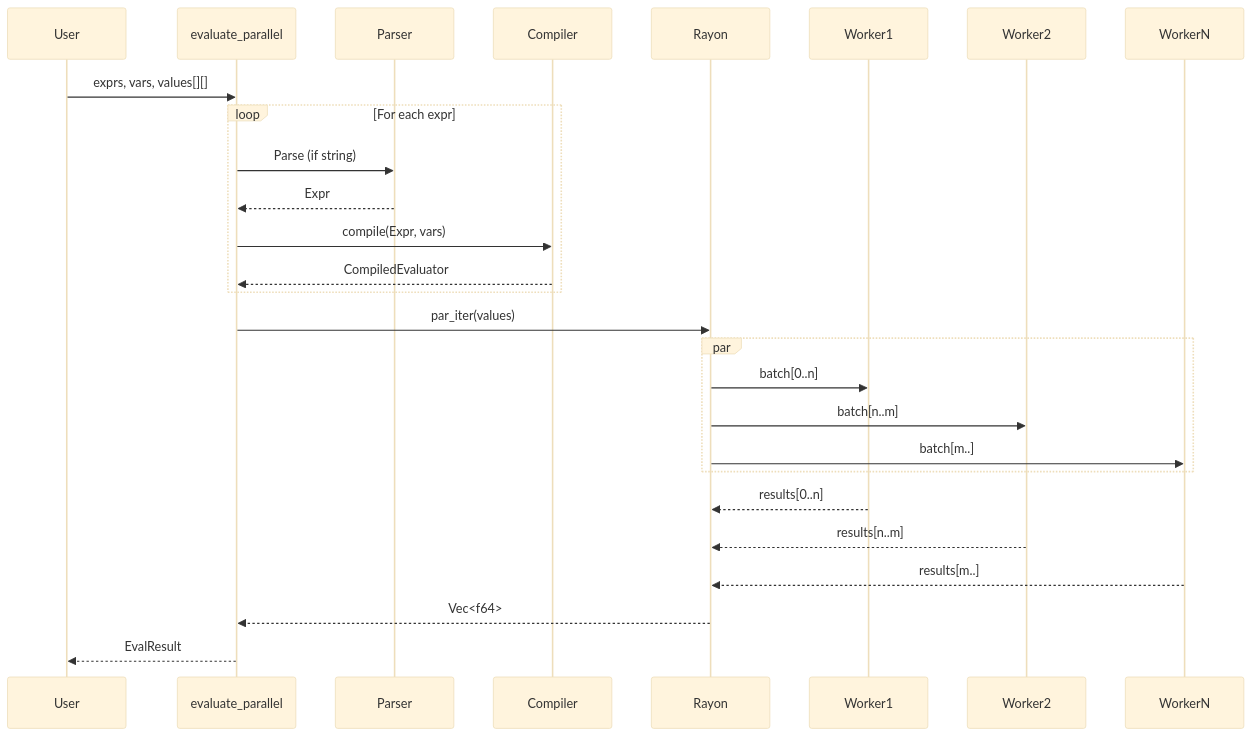
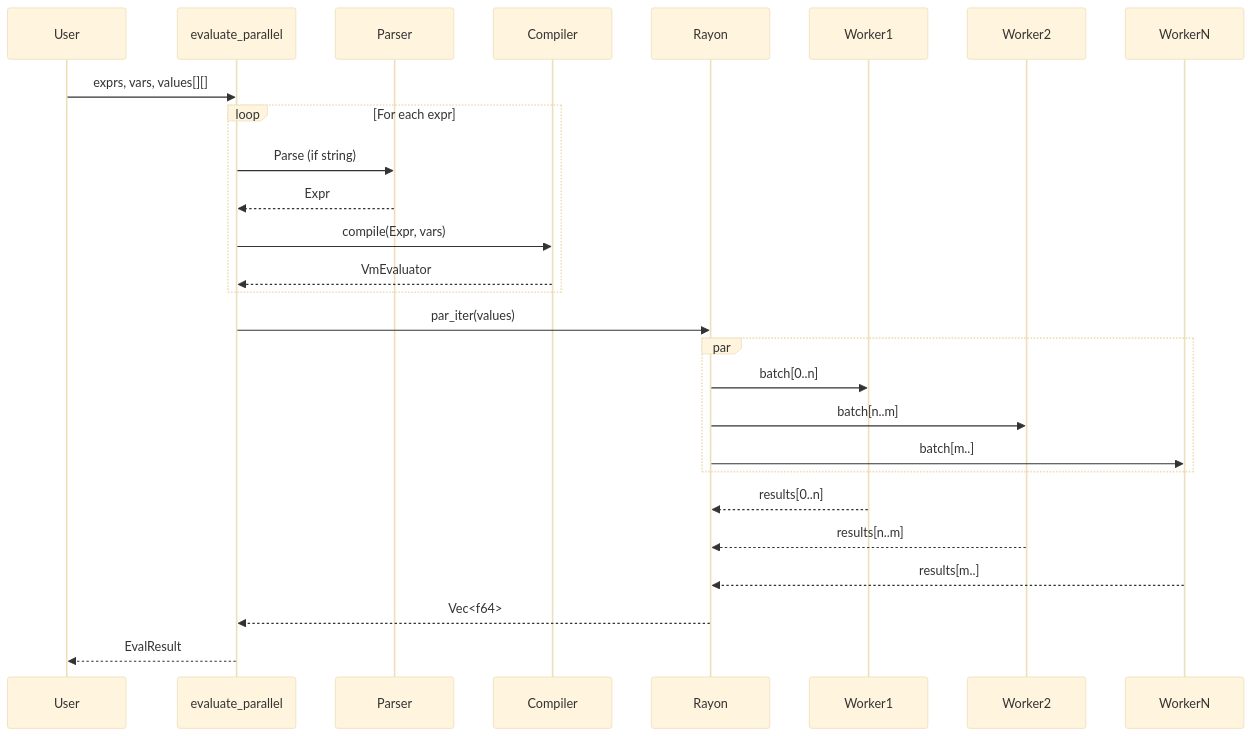
The seventh of 9 diagrams in docs/ARCHITECTURE.md (CokieMiner/SymbAnaFis), drawn with Mermaid (base theme) before and after one commit. The commit also changed other lines of this file and 183 other files, not shown here.

````diff
--- a/docs/ARCHITECTURE.md
+++ b/docs/ARCHITECTURE.md
@@ -459,35 +464,35 @@
 ```mermaid
 sequenceDiagram
     participant User
     participant evaluate_parallel
     participant Parser
     participant Compiler
     participant Rayon
     participant Worker1
     participant Worker2
     participant WorkerN
 
     User->>evaluate_parallel: exprs, vars, values[][]
     
     loop For each expr
         evaluate_parallel->>Parser: Parse (if string)
         Parser-->>evaluate_parallel: Expr
         evaluate_parallel->>Compiler: compile(Expr, vars)
-        Compiler-->>evaluate_parallel: CompiledEvaluator
+        Compiler-->>evaluate_parallel: VmEvaluator
     end
 
     evaluate_parallel->>Rayon: par_iter(values)
     
     par
         Rayon->>Worker1: batch[0..n]
         Rayon->>Worker2: batch[n..m]
         Rayon->>WorkerN: batch[m..]
     end
 
     Worker1-->>Rayon: results[0..n]
     Worker2-->>Rayon: results[n..m]
     WorkerN-->>Rayon: results[m..]
 
     Rayon-->>evaluate_parallel: Vec<f64>
     evaluate_parallel-->>User: EvalResult
 ```
````
